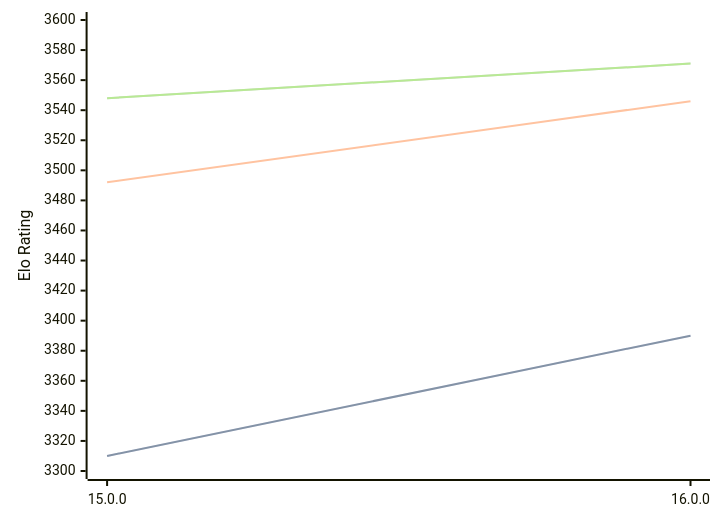
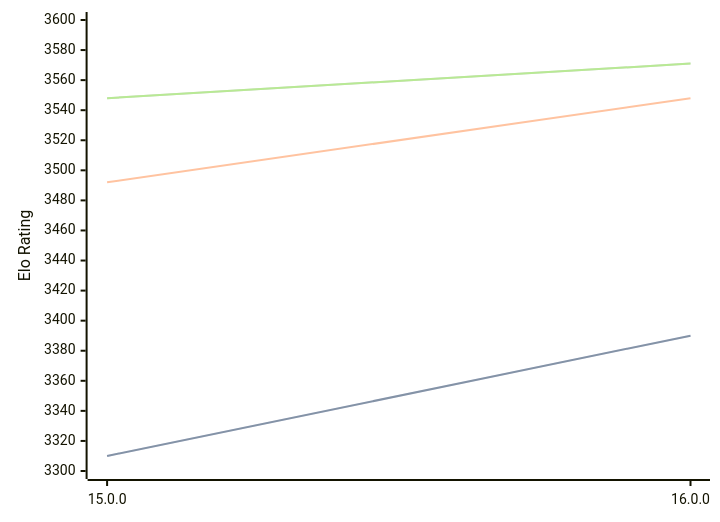
Before and after one commit to computer-chess-index/cci: the diagram in engines/Halogen.md, drawn with Mermaid. The commit also changed other lines of this file, not shown here.

````diff
--- a/engines/Halogen.md
+++ b/engines/Halogen.md
@@ -50,11 +50,11 @@
 ```mermaid
 %%{init: {"theme":"base","themeVariables":{"seriesColors:['#a3a3a3','#222221','#faa371']}}}%%
 xychart-beta
   x-axis ["15.0.0", "16.0.0"]
   y-axis "Elo Rating" 3300 --> 3600
   line "STC (8.0+0.08s)" [3310, 3390]
   line "STC (8.0+0.08s)" [3310, 3390]
-  line "LTC (60.0+0.60s)" [3492, 3546]
+  line "LTC (60.0+0.60s)" [3492, 3548]
   line "VLTC (2m24s+1.12s)" [3548, 3571]
   line "VLTC (2m24s+1.12s)" [3548, 3571]
 ```
````
